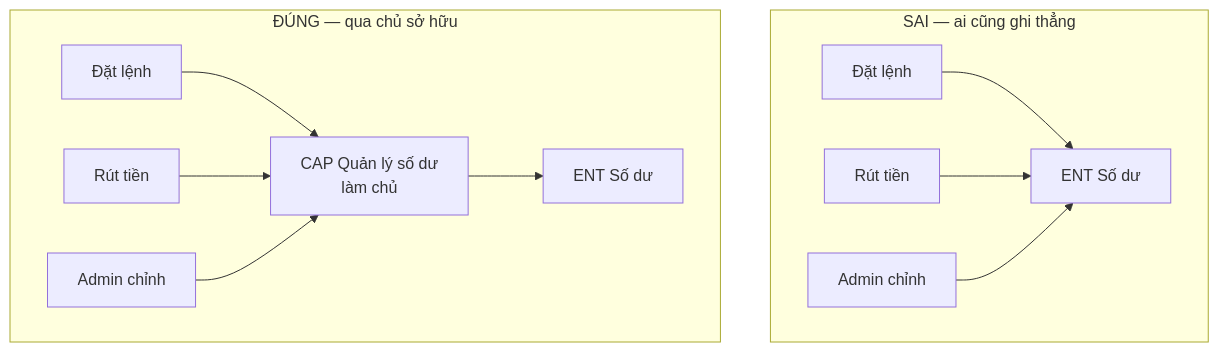
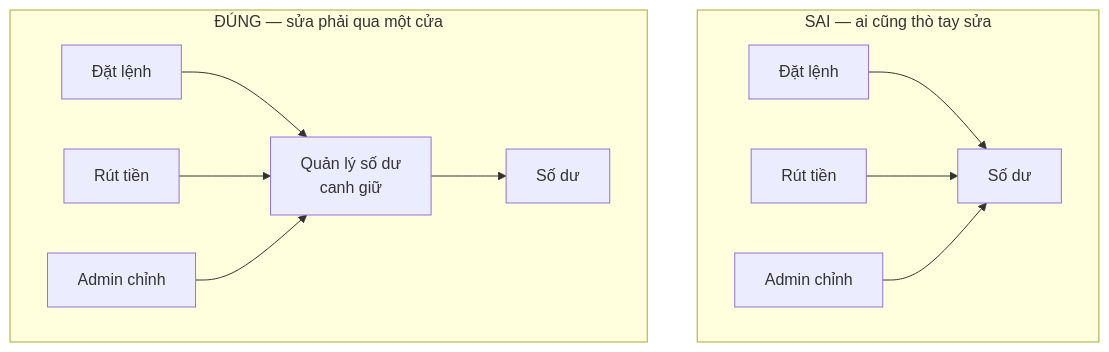
The fifth of 6 diagrams in answer.md (Kynderis/kendrick-ai-tools), drawn with Mermaid before and after one commit. The commit also changed other lines of this file and 1 other file, not shown here.

````diff
--- a/answer.md
+++ b/answer.md
@@ -210,14 +242,14 @@
 ```mermaid
 flowchart TD
-    subgraph SAI2["SAI — ai cũng ghi thẳng"]
-    X1["Đặt lệnh"] --> XE["ENT Số dư"]
+    subgraph SAI2["SAI — ai cũng thò tay sửa"]
+    X1["Đặt lệnh"] --> XE["Số dư"]
     X2["Rút tiền"] --> XE
     X3["Admin chỉnh"] --> XE
     end
-    subgraph DUNG2["ĐÚNG — qua chủ sở hữu"]
-    Y1["Đặt lệnh"] --> YC["CAP Quản lý số dư<br/>làm chủ"]
+    subgraph DUNG2["ĐÚNG — sửa phải qua một cửa"]
+    Y1["Đặt lệnh"] --> YC["Quản lý số dư<br/>canh giữ"]
     Y2["Rút tiền"] --> YC
     Y3["Admin chỉnh"] --> YC
-    YC --> YE["ENT Số dư"]
+    YC --> YE["Số dư"]
     end
 ```
````
